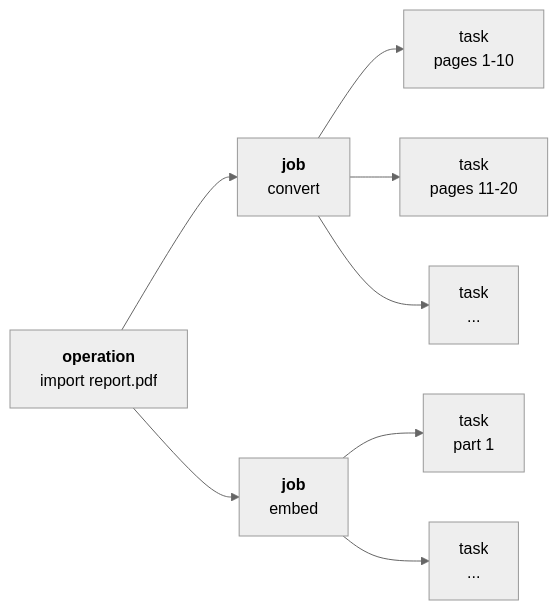
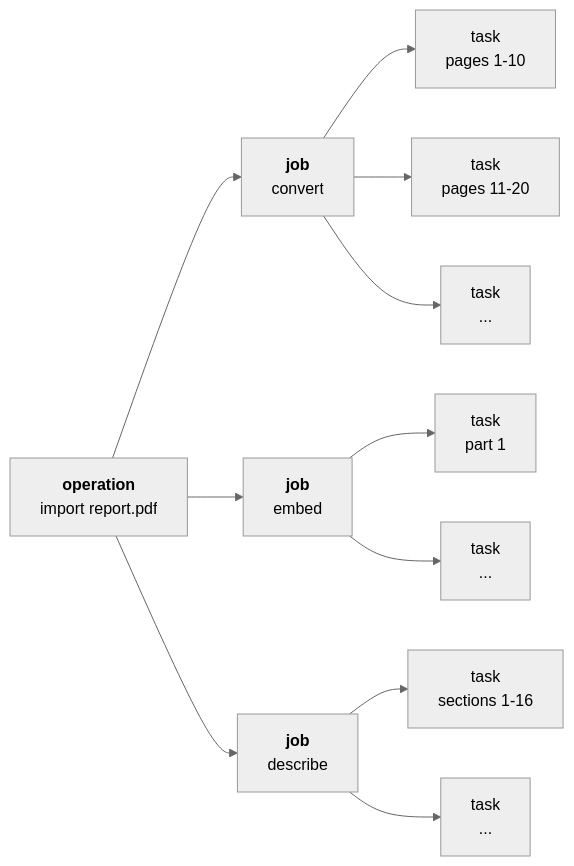
Before and after one commit to haskian/haskie: the first of 3 diagrams in docs/indexing.md, drawn with Mermaid (neutral theme). The commit also changed other lines of this file and 48 other files, not shown here.

Commit message:
feat!: card covers, a Sections tab, and describe as its own stage (#36)

````diff
--- a/docs/indexing.md
+++ b/docs/indexing.md
@@ -20,10 +20,13 @@
 ```mermaid
 flowchart LR
     op["<b>operation</b><br/>import report.pdf"] --> convert["<b>job</b><br/>convert"]
     op --> embed["<b>job</b><br/>embed"]
+    op --> describe["<b>job</b><br/>describe"]
     convert --> c1["task<br/>pages 1-10"]
     convert --> c2["task<br/>pages 11-20"]
     convert --> c3["task<br/>..."]
     embed --> e1["task<br/>part 1"]
     embed --> e2["task<br/>..."]
+    describe --> d1["task<br/>sections 1-16"]
+    describe --> d2["task<br/>..."]
 ```
````
